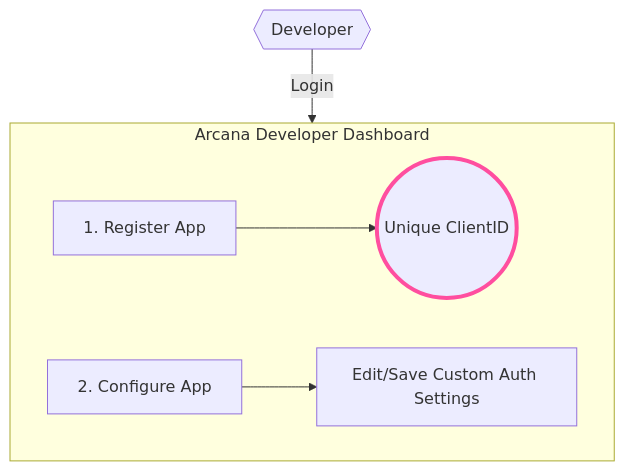
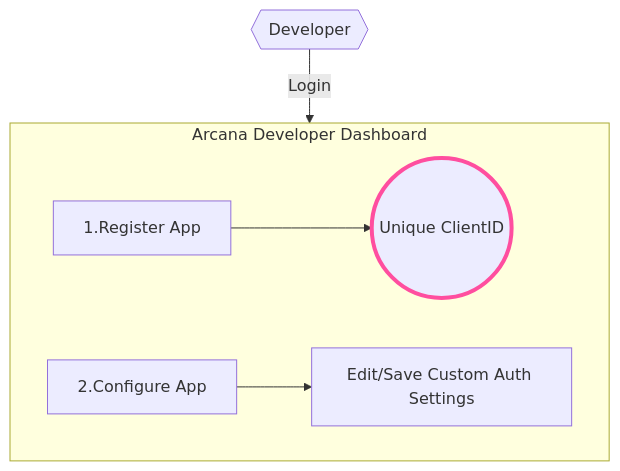
Before and after one commit to shaloo/docs.arcana: the first of 4 diagrams in docs/concepts/authtype/custom-auth.md, drawn with Mermaid. The commit also changed 13 other files, not shown here.

First line of the commit message:
Fix: #AR-8745 check and fix mermaid diagram space issue in latest MKdocs tooling

````diff
--- a/docs/concepts/authtype/custom-auth.md
+++ b/docs/concepts/authtype/custom-auth.md
@@ -24,13 +24,13 @@
     ```mermaid
     graph TD
         DFLA{{Developer}} --Login --> setup
     
         subgraph setup[Arcana Developer Dashboard]
         direction LR  
-            SP1[1. Register App] --> CLID((Unique ClientID))
-            SP2[2. Configure App] --> SP3[Edit/Save Custom Auth Settings]
+            SP1[1.Register App] --> CLID((Unique ClientID))
+            SP2[2.Configure App] --> SP3[Edit/Save Custom Auth Settings]
         end
         classDef an-pink stroke:#ff4e9f,stroke-width:0.25rem; 
         class CLID an-pink
 
     ```
````
